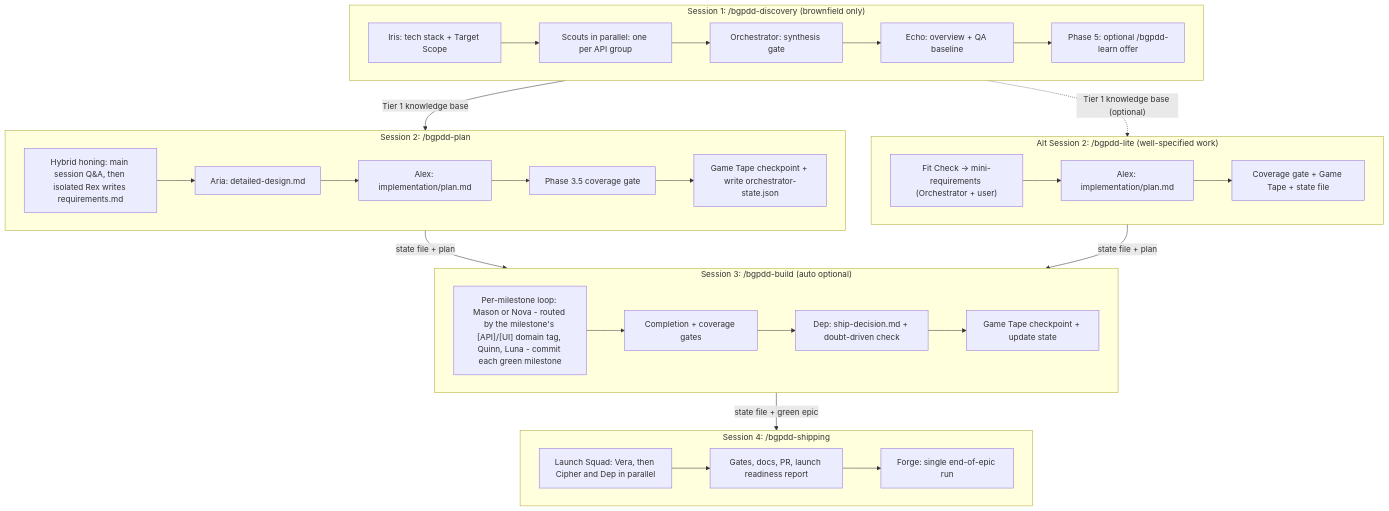
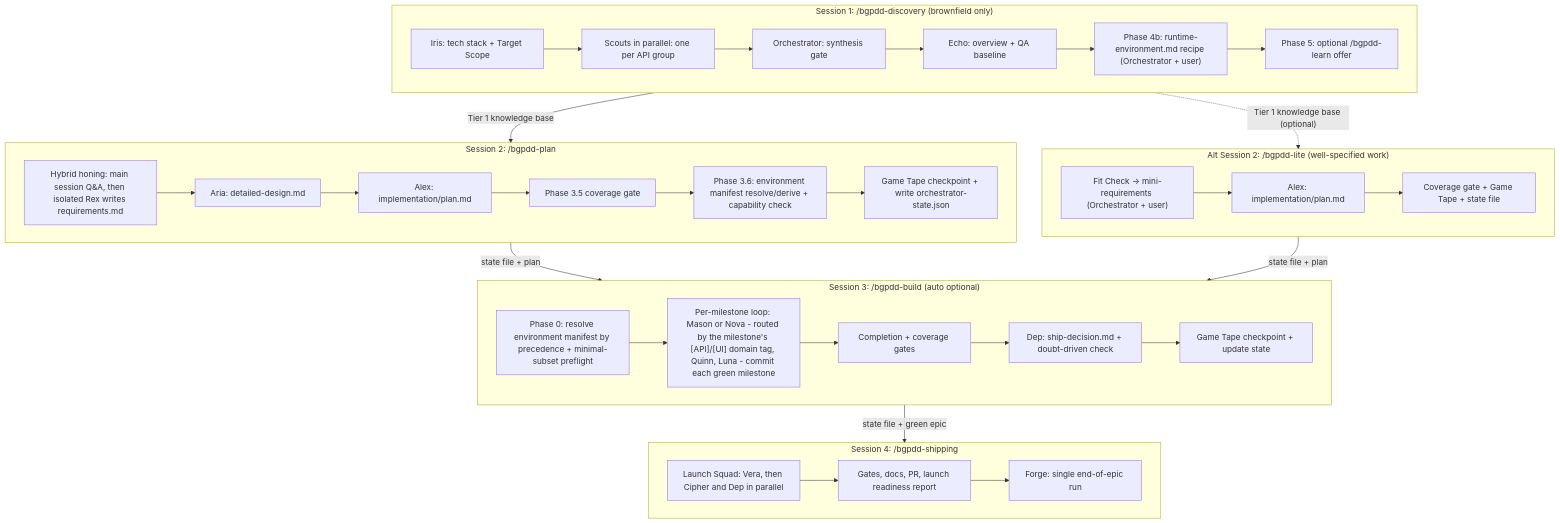
The third of 7 diagrams in README.md (MuhammadShaharyarNaeem/blackgoat-agentskills), drawn with Mermaid before and after one commit. The commit also changed other lines of this file and 4 other files, not shown here.

````diff
--- a/README.md
+++ b/README.md
@@ -155,30 +155,31 @@
 ```mermaid
 flowchart TD
     subgraph S1["Session 1: /bgpdd-discovery (brownfield only)"]
         A1["Iris: tech stack + Target Scope"] --> A2["Scouts in parallel: one per API group"]
         A2 --> A3["Orchestrator: synthesis gate"] --> A4["Echo: overview + QA baseline"]
-        A4 --> A5["Phase 5: optional /bgpdd-learn offer"]
+        A4 --> A4b["Phase 4b: runtime-environment.md recipe (Orchestrator + user)"] --> A5["Phase 5: optional /bgpdd-learn offer"]
     end
     subgraph S2["Session 2: /bgpdd-plan"]
         B1["Hybrid honing: main session Q&A, then isolated Rex writes requirements.md"]
         B1 --> B2["Aria: detailed-design.md"] --> B3["Alex: implementation/plan.md"]
-        B3 --> B4["Phase 3.5 coverage gate"] --> B5["Game Tape checkpoint + write orchestrator-state.json"]
+        B3 --> B4["Phase 3.5 coverage gate"] --> B36["Phase 3.6: environment manifest resolve/derive + capability check"] --> B5["Game Tape checkpoint + write orchestrator-state.json"]
     end
     subgraph S2L["Alt Session 2: /bgpdd-lite (well-specified work)"]
         L1["Fit Check → mini-requirements (Orchestrator + user)"] --> L2["Alex: implementation/plan.md"] --> L3["Coverage gate + Game Tape + state file"]
     end
     subgraph S3["Session 3: /bgpdd-build (auto optional)"]
-        C1["Per-milestone loop: Mason or Nova - routed by the milestone's [API]/[UI] domain tag, Quinn, Luna - commit each green milestone"]
+        C0["Phase 0: resolve environment manifest by precedence + minimal-subset preflight"]
+        C0 --> C1["Per-milestone loop: Mason or Nova - routed by the milestone's [API]/[UI] domain tag, Quinn, Luna - commit each green milestone"]
         C1 --> C2["Completion + coverage gates"] --> C3["Dep: ship-decision.md + doubt-driven check"]
         C3 --> C4["Game Tape checkpoint + update state"]
     end
     subgraph S4["Session 4: /bgpdd-shipping"]
         D1["Launch Squad: Vera, then Cipher and Dep in parallel"]
         D1 --> D2["Gates, docs, PR, launch readiness report"] --> D3["Forge: single end-of-epic run"]
     end
     S1 -- "Tier 1 knowledge base" --> S2
     S1 -. "Tier 1 knowledge base (optional)" .-> S2L
     S2 -- "state file + plan" --> S3
     S2L -- "state file + plan" --> S3
     S3 -- "state file + green epic" --> S4
 ```
````
